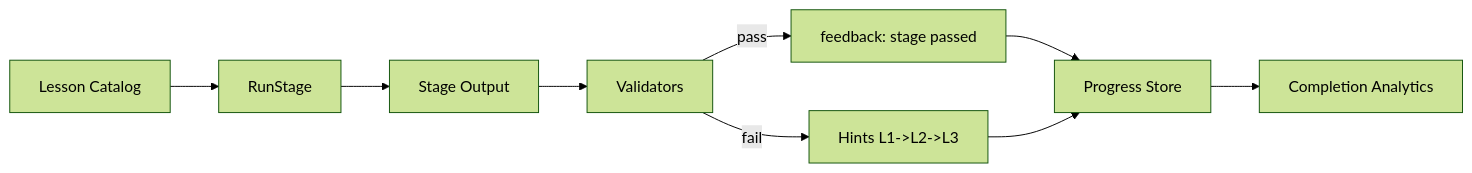
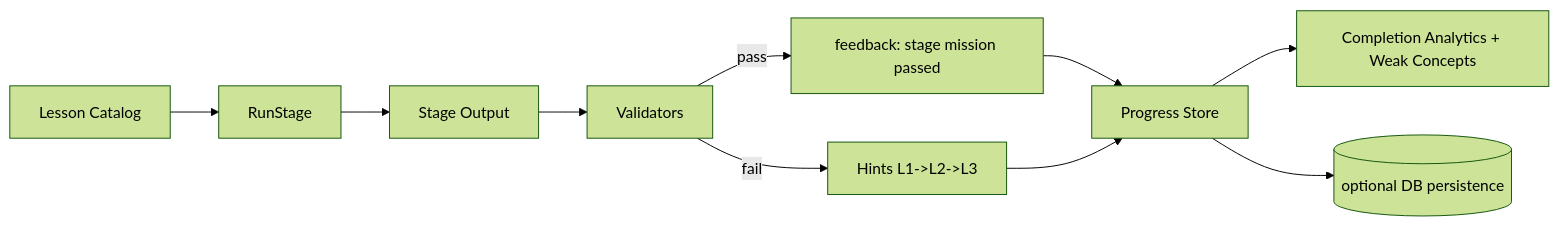
One commit to gachu2002/os-simulator changed the first of 2 diagrams in feature/05-lesson-engine.md. Above: the diagram before and after it, drawn with Mermaid (forest theme). The commit also changed other lines of this file and 27 other files, not shown here.

Commit message:
feat: add staged lesson flow with persistent progress analytics

````diff
--- a/feature/05-lesson-engine.md
+++ b/feature/05-lesson-engine.md
@@ -5,11 +5,12 @@
 ```mermaid
 flowchart LR
   CAT[Lesson Catalog] --> RUN[RunStage]
   RUN --> OUT[Stage Output]
   OUT --> VAL[Validators]
-  VAL -->|pass| PASS[feedback: stage passed]
+  VAL -->|pass| PASS[feedback: stage mission passed]
   VAL -->|fail| HINT[Hints L1->L2->L3]
   PASS --> PROG[Progress Store]
   HINT --> PROG
-  PROG --> ANA[Completion Analytics]
+  PROG --> ANA[Completion Analytics + Weak Concepts]
+  PROG --> PERSIST[(optional DB persistence)]
 ```
````
